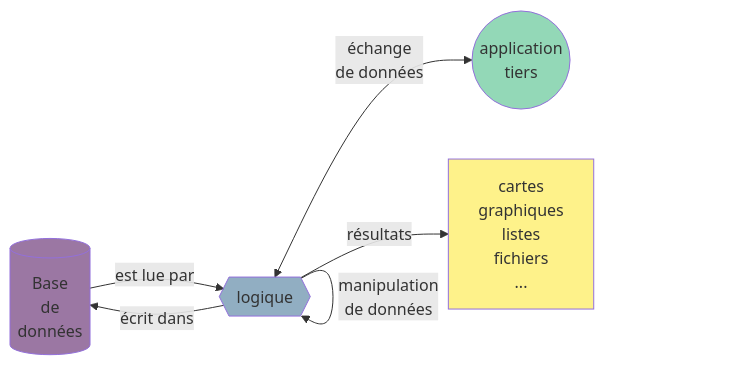
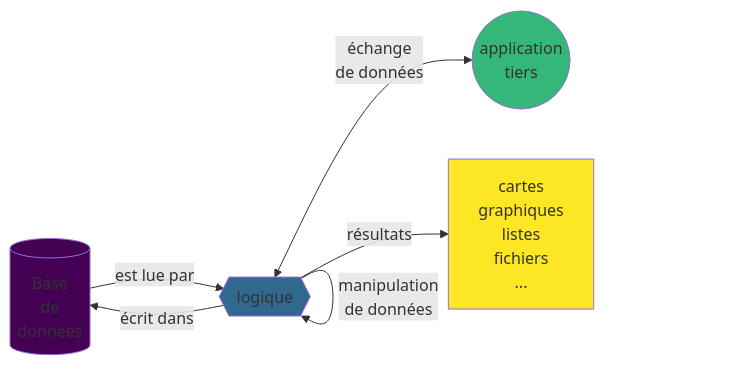
Before and after one commit to zoometh/thomashuet: the first of 2 diagrams in profiles/arcam-traject/README.md, drawn with Mermaid. The commit also changed other lines of this file, not shown here.

````diff
--- a/profiles/arcam-traject/README.md
+++ b/profiles/arcam-traject/README.md
@@ -107,12 +107,12 @@
 ```mermaid
 flowchart LR
     A[(Base<br>de<br>données)]:::semantic -- est lue par --> B{{logique}}:::logic;
     B -- "écrit dans" --> A;
     B -- manipulation<br>de données --> B;
     B <-- "échange<br>de données" --> C((application<br>tiers)):::third;
     B -- résultats --> D[cartes<br>graphiques<br>listes<br>fichiers<br>...]:::output;;
-    classDef semantic fill:#44015488;
-    classDef logic fill:#31688E88;
-    classDef third fill:#35B77988;
-    classDef output fill:#FDE72588;
+    classDef semantic fill:#440154;
+    classDef logic fill:#31688E;
+    classDef third fill:#35B779;
+    classDef output fill:#FDE725;
 ```
````
